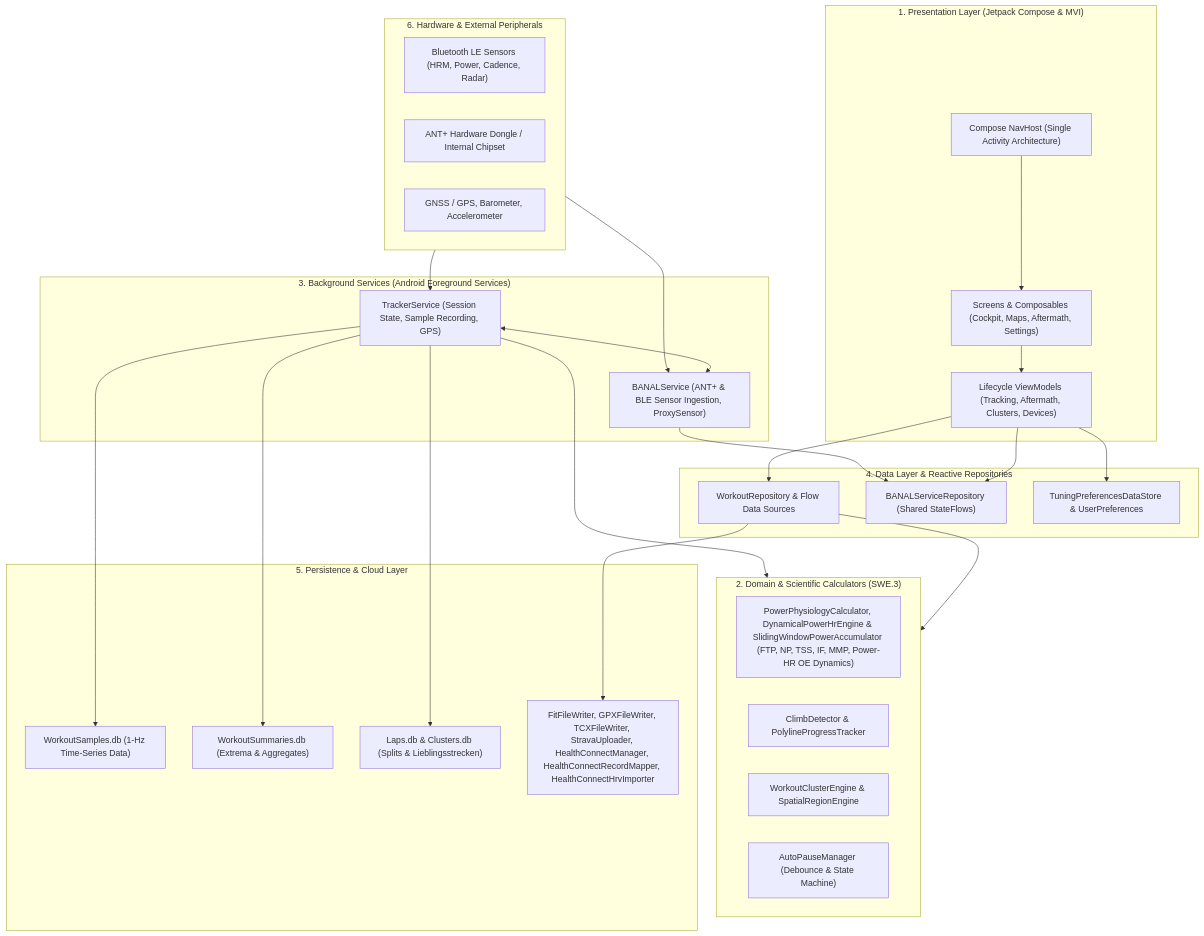
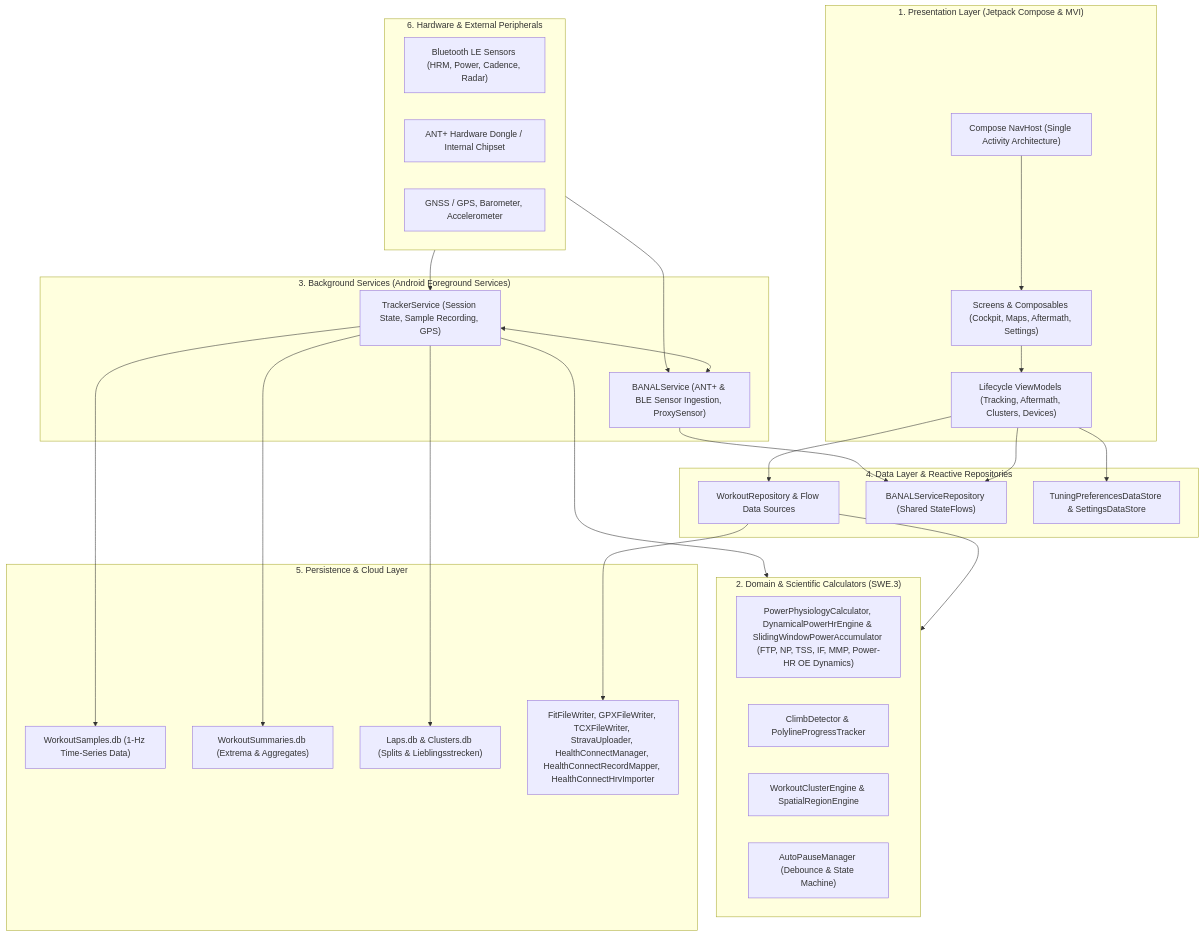
Before and after one commit to rainerblind/aTrainingTracker: the first of 4 diagrams in docs/architecture.md, drawn with Mermaid. The commit also changed other lines of this file and 8 other files, not shown here.

Commit message:
ATT-6727: [Bug] [Medium] Audit all architecture docs against source symbols and enforce dynamic component-existence contract test

````diff
--- a/docs/architecture.md
+++ b/docs/architecture.md
@@ -11,59 +11,59 @@
 ```mermaid
 graph TD
     subgraph UI_Layer["1. Presentation Layer (Jetpack Compose & MVI)"]
         NavHost["Compose NavHost (Single Activity Architecture)"]
         Screens["Screens & Composables (Cockpit, Maps, Aftermath, Settings)"]
         ViewModels["Lifecycle ViewModels (Tracking, Aftermath, Clusters, Devices)"]
     end
 
     subgraph Domain_Layer["2. Domain & Scientific Calculators (SWE.3)"]
         Physiology["PowerPhysiologyCalculator, DynamicalPowerHrEngine & SlidingWindowPowerAccumulator (FTP, NP, TSS, IF, MMP, Power-HR OE Dynamics)"]
         Climbs["ClimbDetector & PolylineProgressTracker"]
         Clusters["WorkoutClusterEngine & SpatialRegionEngine"]
         AutoPause["AutoPauseManager (Debounce & State Machine)"]
     end
 
     subgraph Service_Layer["3. Background Services (Android Foreground Services)"]
         TrackerService["TrackerService (Session State, Sample Recording, GPS)"]
         BANALService["BANALService (ANT+ & BLE Sensor Ingestion, ProxySensor)"]
     end
 
     subgraph Data_Layer["4. Data Layer & Reactive Repositories"]
         WorkoutRepo["WorkoutRepository & Flow Data Sources"]
         BANALRepo["BANALServiceRepository (Shared StateFlows)"]
-        SettingsRepo["TuningPreferencesDataStore & UserPreferences"]
+        SettingsRepo["TuningPreferencesDataStore & SettingsDataStore"]
     end
 
     subgraph Persistence_Layer["5. Persistence & Cloud Layer"]
         SamplesDB["WorkoutSamples.db (1-Hz Time-Series Data)"]
         SummariesDB["WorkoutSummaries.db (Extrema & Aggregates)"]
         LapsDB["Laps.db & Clusters.db (Splits & Lieblingsstrecken)"]
         Exporters["FitFileWriter, GPXFileWriter, TCXFileWriter, StravaUploader, HealthConnectManager, HealthConnectRecordMapper, HealthConnectHrvImporter"]
     end
 
     subgraph Hardware_Layer["6. Hardware & External Peripherals"]
         BLE["Bluetooth LE Sensors (HRM, Power, Cadence, Radar)"]
         ANT["ANT+ Hardware Dongle / Internal Chipset"]
         Sensors["GNSS / GPS, Barometer, Accelerometer"]
     end
 
     NavHost --> Screens
     Screens --> ViewModels
     ViewModels --> WorkoutRepo
     ViewModels --> BANALRepo
     ViewModels --> SettingsRepo
 
     WorkoutRepo --> Domain_Layer
     TrackerService --> Domain_Layer
     TrackerService --> SamplesDB
     TrackerService --> SummariesDB
     TrackerService --> LapsDB
 
     BANALService --> BANALRepo
     TrackerService <--> BANALService
 
     Hardware_Layer --> BANALService
     Hardware_Layer --> TrackerService
 
     WorkoutRepo --> Exporters
 ```
````
